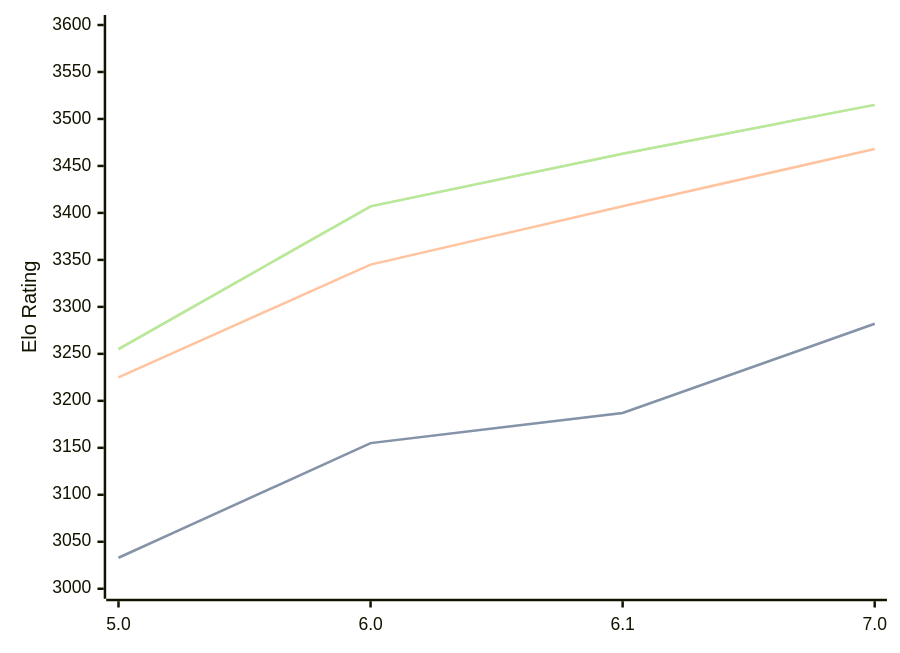
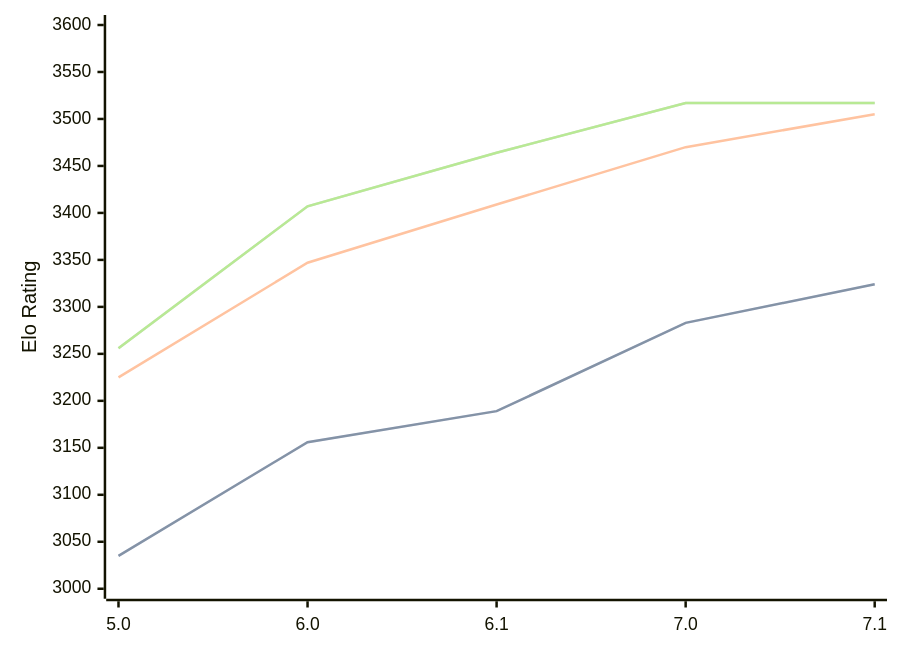
Before and after one commit to computer-chess-index/cci: the first of 3 diagrams in engines/PZChessBot.md, drawn with Mermaid. The commit also changed other lines of this file, not shown here.

Commit message:
Update CCI Ratings (ELO VLTC) - 2026-06-30

````diff
--- a/engines/PZChessBot.md
+++ b/engines/PZChessBot.md
@@ -43,11 +44,11 @@
 ```mermaid
 %%{init: {"theme":"base","themeVariables":{"seriesColors:['#a3a3a3','#222221','#faa371']}}}%%
 xychart-beta
-  x-axis ["5.0", "6.0", "6.1", "7.0"]
+  x-axis ["5.0", "6.0", "6.1", "7.0", "7.1"]
   y-axis "Elo Rating" 3000 --> 3600
-  line "STC (8.0+0.08s)" [3033, 3155, 3187, 3282]
-  line "STC (8.0+0.08s)" [3033, 3155, 3187, 3282]
-  line "LTC (60.0+0.60s)" [3225, 3345, 3407, 3468]
-  line "VLTC (2m24s+1.12s)" [3255, 3407, 3463, 3515]
-  line "VLTC (2m24s+1.12s)" [3255, 3407, 3463, 3515]
+  line "STC (8.0+0.08s)" [3035, 3156, 3189, 3283, 3324]
+  line "STC (8.0+0.08s)" [3035, 3156, 3189, 3283, 3324]
+  line "LTC (60.0+0.60s)" [3225, 3347, 3409, 3470, 3505]
+  line "VLTC (2m24s+1.12s)" [3256, 3407, 3464, 3517, 3517]
+  line "VLTC (2m24s+1.12s)" [3256, 3407, 3464, 3517, 3517]
 ```
````
